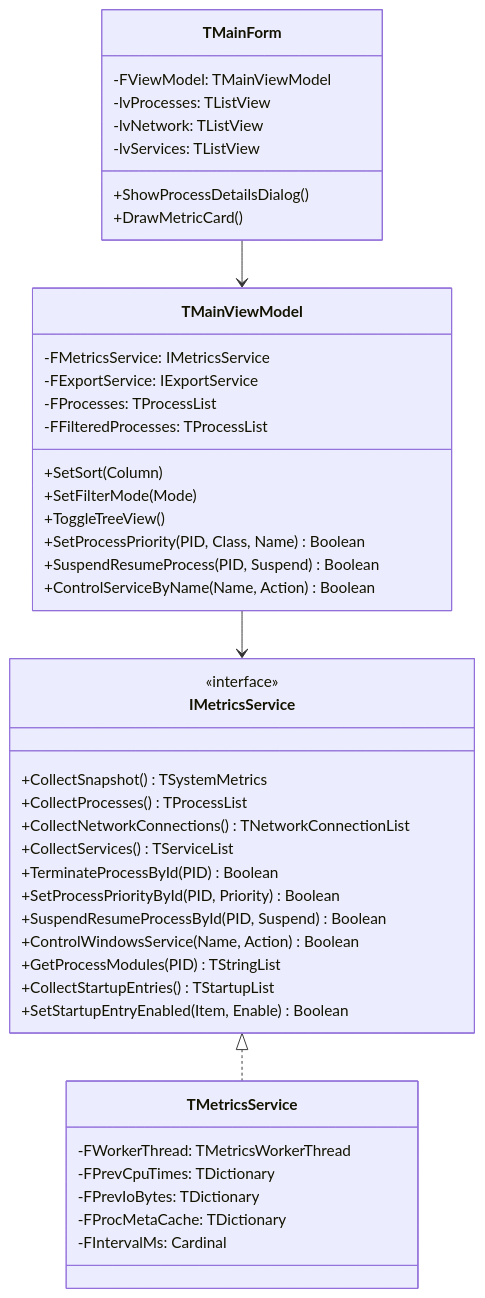
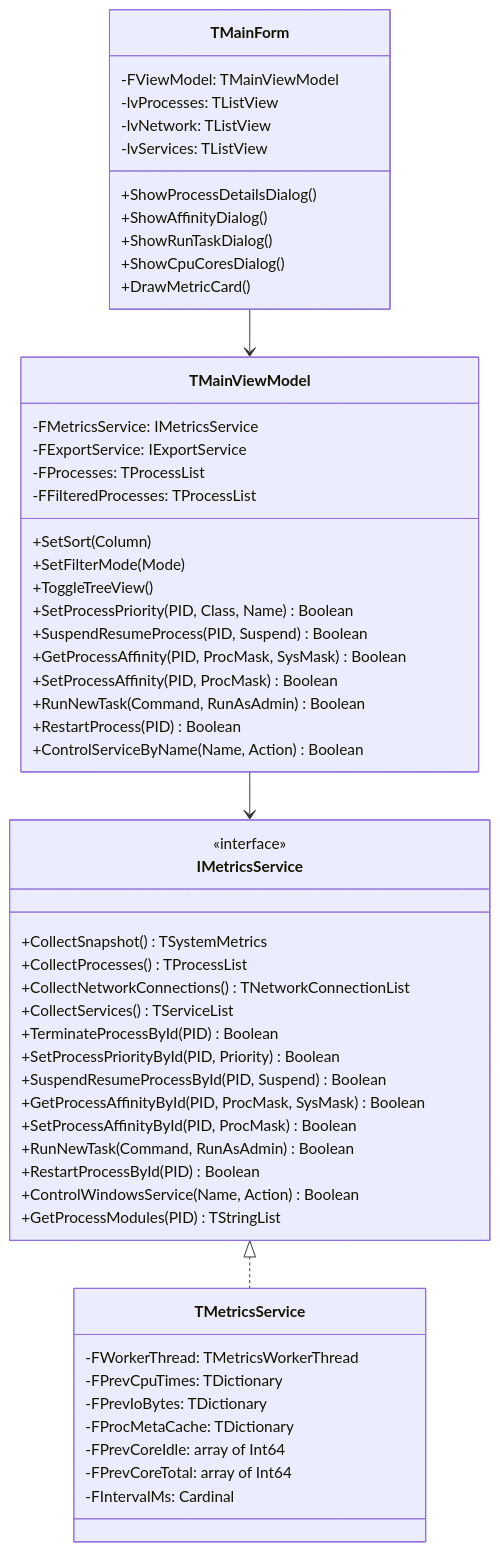
The third of 3 diagrams in README.md (amafjarkasi/novamonitor), drawn with Mermaid before and after one commit. The commit also changed other lines of this file, not shown here.

Commit message:
docs(readme): update Mermaid architecture diagrams, class hierarchy, and 85/85 test matrix

````diff
--- a/README.md
+++ b/README.md
@@ -185,51 +187,62 @@
 ```mermaid
 classDiagram
     class IMetricsService {
         <<interface>>
         +CollectSnapshot() TSystemMetrics
         +CollectProcesses() TProcessList
         +CollectNetworkConnections() TNetworkConnectionList
         +CollectServices() TServiceList
         +TerminateProcessById(PID) Boolean
         +SetProcessPriorityById(PID, Priority) Boolean
         +SuspendResumeProcessById(PID, Suspend) Boolean
+        +GetProcessAffinityById(PID, ProcMask, SysMask) Boolean
+        +SetProcessAffinityById(PID, ProcMask) Boolean
+        +RunNewTask(Command, RunAsAdmin) Boolean
+        +RestartProcessById(PID) Boolean
         +ControlWindowsService(Name, Action) Boolean
         +GetProcessModules(PID) TStringList
-        +CollectStartupEntries() TStartupList
-        +SetStartupEntryEnabled(Item, Enable) Boolean
     }
 
     class TMetricsService {
         -FWorkerThread: TMetricsWorkerThread
         -FPrevCpuTimes: TDictionary
         -FPrevIoBytes: TDictionary
         -FProcMetaCache: TDictionary
+        -FPrevCoreIdle: array of Int64
+        -FPrevCoreTotal: array of Int64
         -FIntervalMs: Cardinal
     }
 
     class TMainViewModel {
         -FMetricsService: IMetricsService
         -FExportService: IExportService
         -FProcesses: TProcessList
         -FFilteredProcesses: TProcessList
         +SetSort(Column)
         +SetFilterMode(Mode)
         +ToggleTreeView()
         +SetProcessPriority(PID, Class, Name) Boolean
         +SuspendResumeProcess(PID, Suspend) Boolean
+        +GetProcessAffinity(PID, ProcMask, SysMask) Boolean
+        +SetProcessAffinity(PID, ProcMask) Boolean
+        +RunNewTask(Command, RunAsAdmin) Boolean
+        +RestartProcess(PID) Boolean
         +ControlServiceByName(Name, Action) Boolean
     }
 
     class TMainForm {
         -FViewModel: TMainViewModel
         -lvProcesses: TListView
         -lvNetwork: TListView
         -lvServices: TListView
         +ShowProcessDetailsDialog()
+        +ShowAffinityDialog()
+        +ShowRunTaskDialog()
+        +ShowCpuCoresDialog()
         +DrawMetricCard()
     }
 
     IMetricsService <|.. TMetricsService
     TMainViewModel --> IMetricsService
     TMainForm --> TMainViewModel
 ```
````
